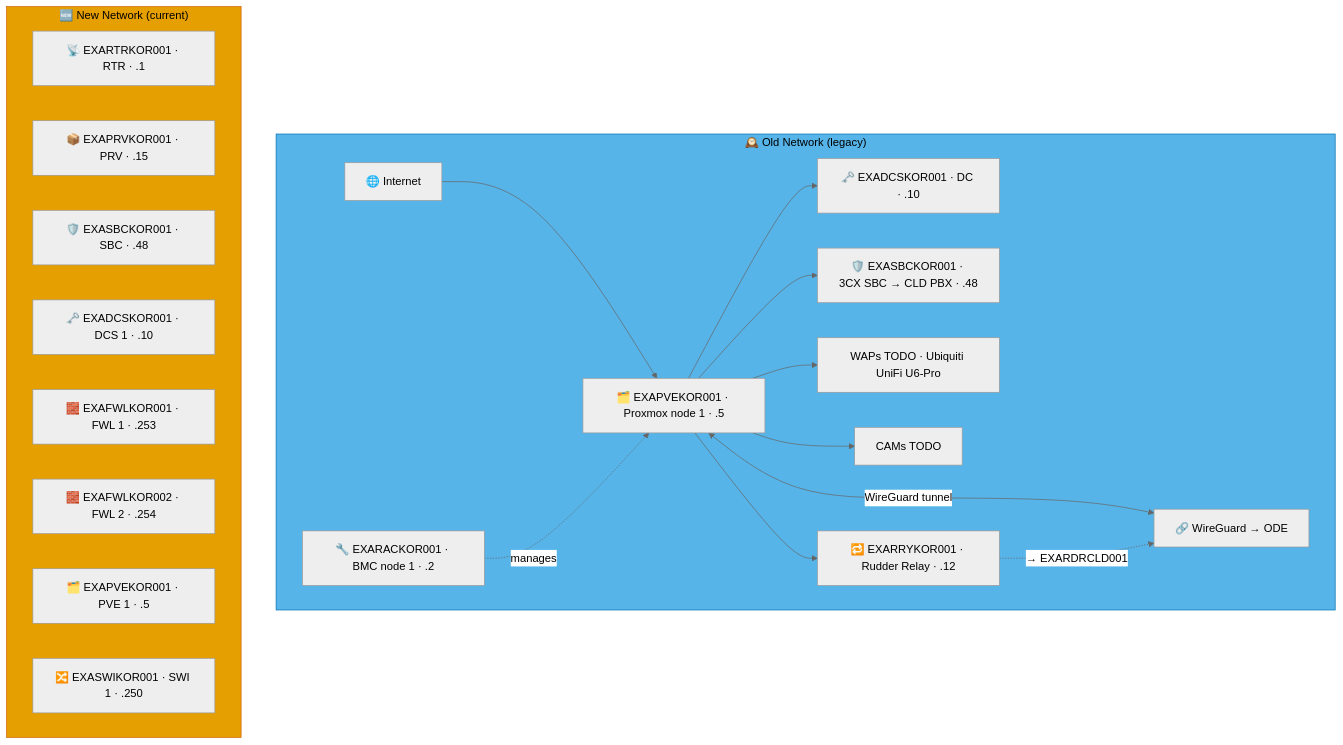
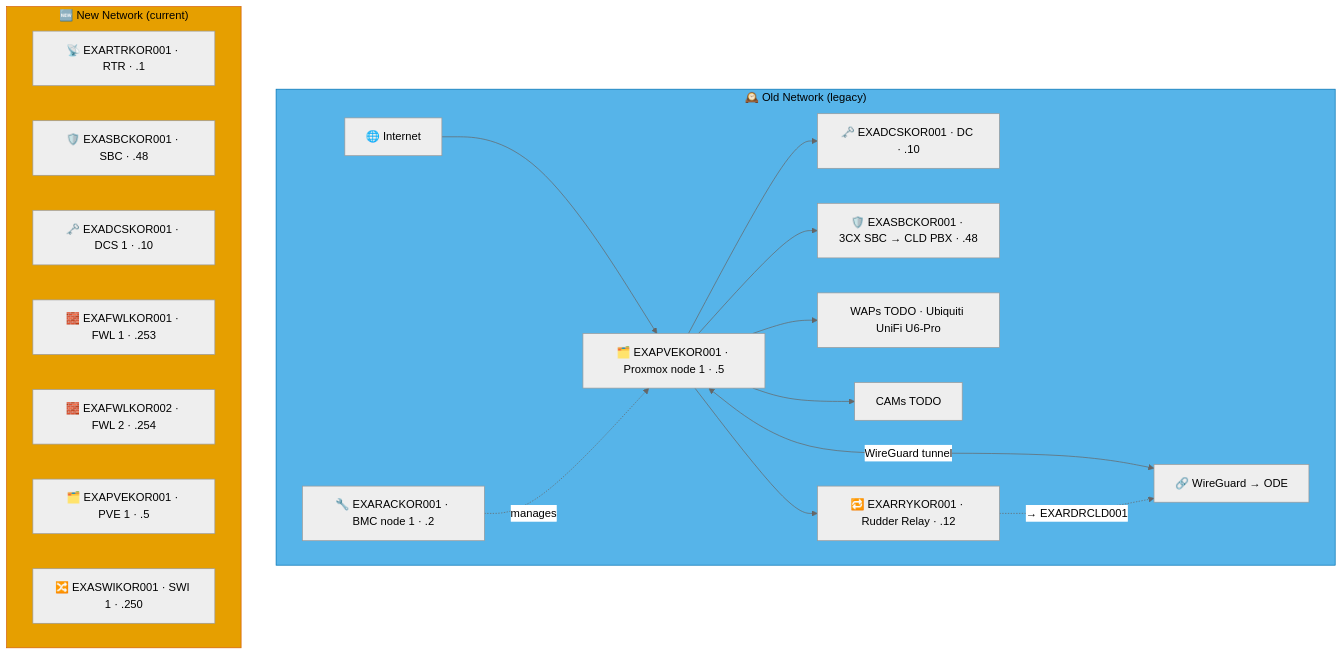
One commit to knightmare2600/example_music_infra changed the fifth of 9 diagrams in docs/network-diagram/danmark.md. Above: the diagram before and after it, drawn with Mermaid (neutral theme). The commit also changed other lines of this file and 55 other files, not shown here.

````diff
--- a/docs/network-diagram/danmark.md
+++ b/docs/network-diagram/danmark.md
@@ -235,36 +231,35 @@
 ```mermaid
 graph TD
     subgraph OLD_KOR ["🕰️ Old Network (legacy)"]
       INET["🌐 Internet"]
       RAC["🔧 EXARACKOR001 · BMC node 1 · .2"]
       PVE["🗂️ EXAPVEKOR001 · Proxmox node 1 · .5"]
       DC["🗝️ EXADCSKOR001 · DC · .10"]
       SBC["🛡️ EXASBCKOR001 · 3CX SBC → CLD PBX · .48"]
       RRY["🔁 EXARRYKOR001 · Rudder Relay · .12"]
       WAP["WAPs TODO · Ubiquiti UniFi U6-Pro"]
       CAM["CAMs TODO"]
       VPN["🔗 WireGuard → ODE"]
 
       INET --> PVE --> DC & SBC
       RAC -.->|"manages"| PVE
       PVE --> WAP & CAM
       PVE <-->|"WireGuard tunnel"| VPN
 
       PVE --> RRY
       RRY -. "→ EXARDRCLD001" .-> VPN
     end
     style OLD_KOR fill:#56B4E9,stroke:#0072B2,color:#000000
     %% GENERATED:NEW-NETWORK:KOR:START
     subgraph NEW_KOR ["🆕 New Network (current)"]
       N_RTR["📡 EXARTRKOR001 · RTR · .1"]
-      N_PRV["📦 EXAPRVKOR001 · PRV · .15"]
       N_SBC["🛡️ EXASBCKOR001 · SBC · .48"]
       N_DCS["🗝️ EXADCSKOR001 · DCS 1 · .10"]
       N_FWL["🧱 EXAFWLKOR001 · FWL 1 · .253"]
       N_FWL2["🧱 EXAFWLKOR002 · FWL 2 · .254"]
       N_PVE["🗂️ EXAPVEKOR001 · PVE 1 · .5"]
       N_SWI["🔀 EXASWIKOR001 · SWI 1 · .250"]
     end
     style NEW_KOR fill:#E69F00,stroke:#D55E00,color:#000000
     %% GENERATED:NEW-NETWORK:KOR:END
 ```
````
